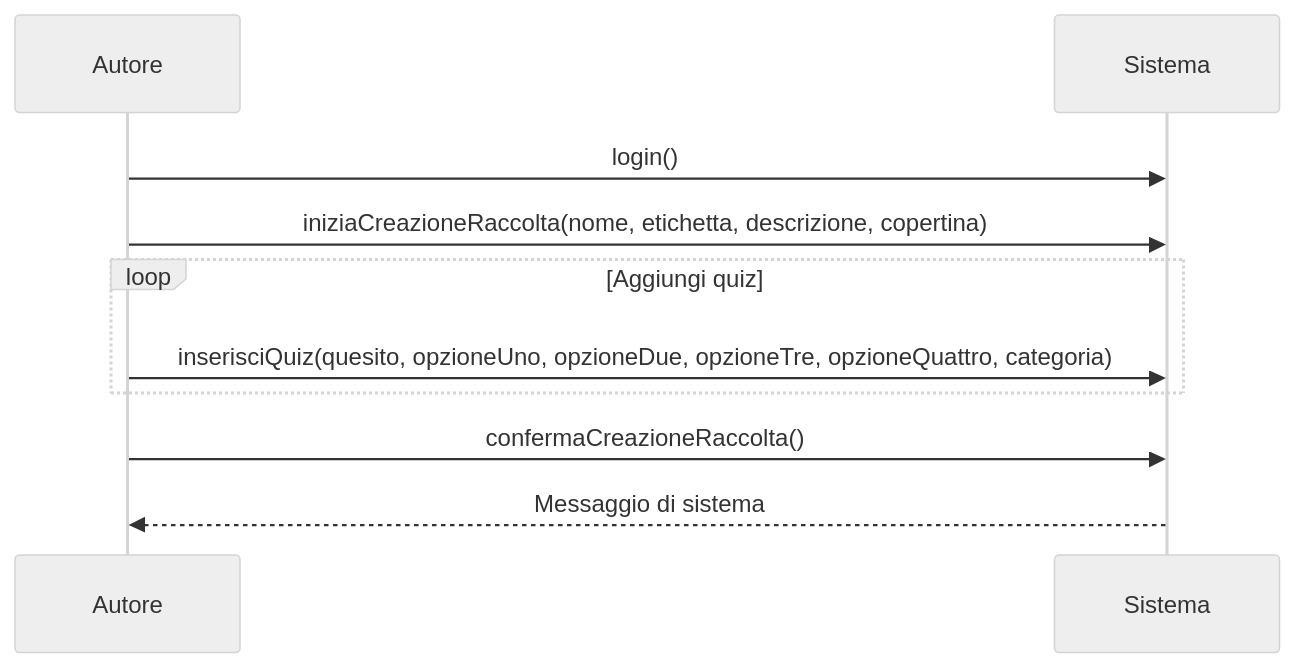
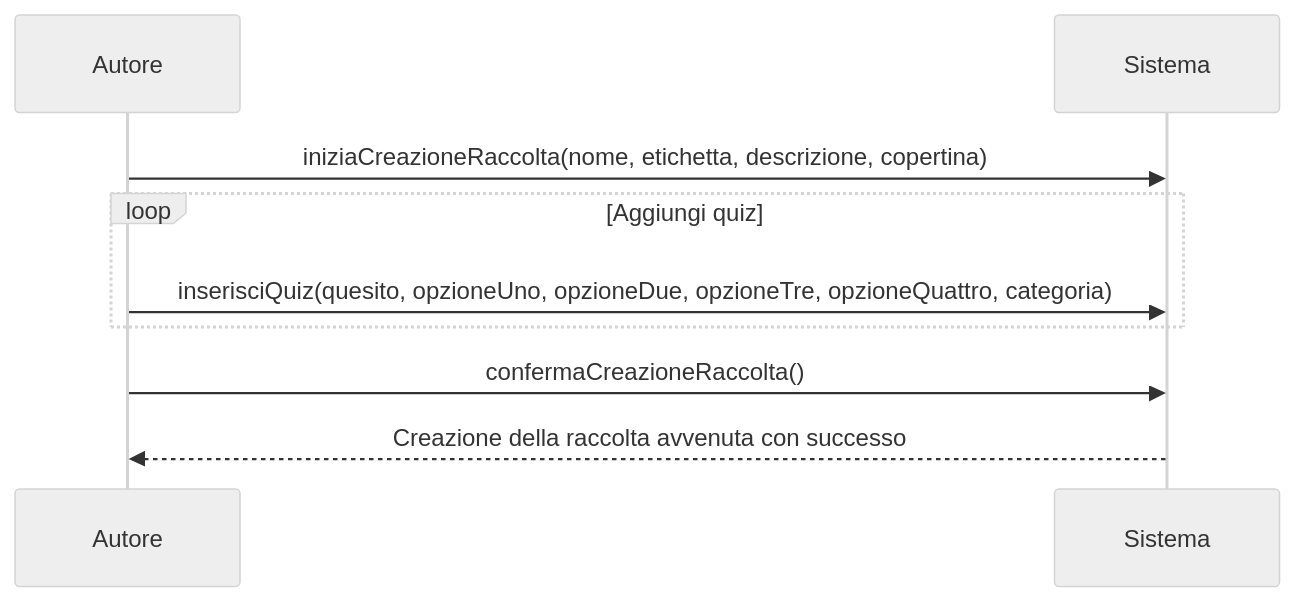
One commit to SicMic/Quix changed the fourth of 9 diagrams in README.md. Above: the diagram before and after it, drawn with Mermaid (neutral theme). The commit also changed other lines of this file and 21 other files, not shown here.

````diff
--- a/README.md
+++ b/README.md
@@ -107,15 +135,14 @@
 ```mermaid
 sequenceDiagram
     participant A as Autore
     participant S as Sistema
 
-    A->>S: login()
     A->>S: iniziaCreazioneRaccolta(nome, etichetta, descrizione, copertina)
 
     loop Aggiungi quiz
         A->>S: inserisciQuiz(quesito, opzioneUno, opzioneDue, opzioneTre, opzioneQuattro, categoria)
     end
 
     A->>S: confermaCreazioneRaccolta()
-    S-->>A: Messaggio di sistema
+    S-->>A: Creazione della raccolta avvenuta con successo
 ```
````
